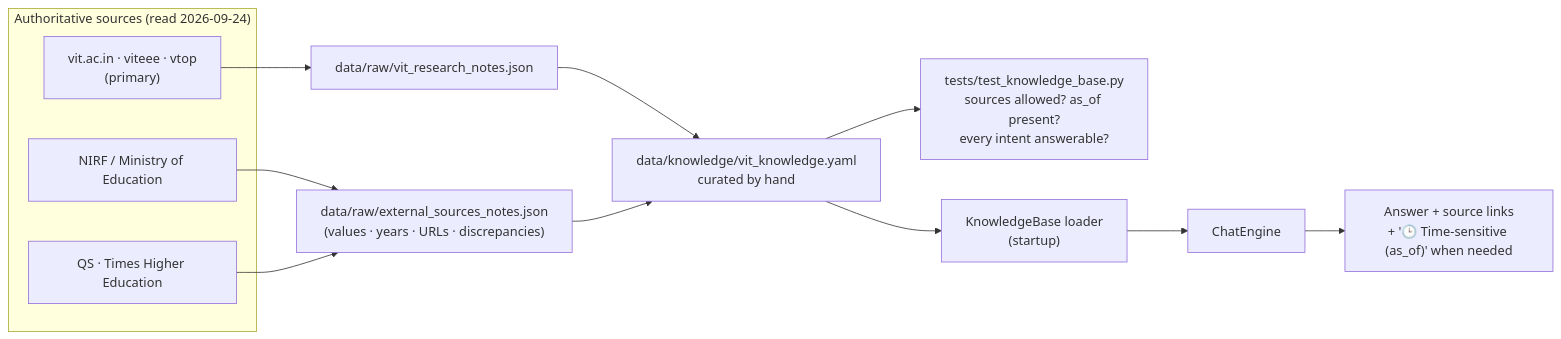
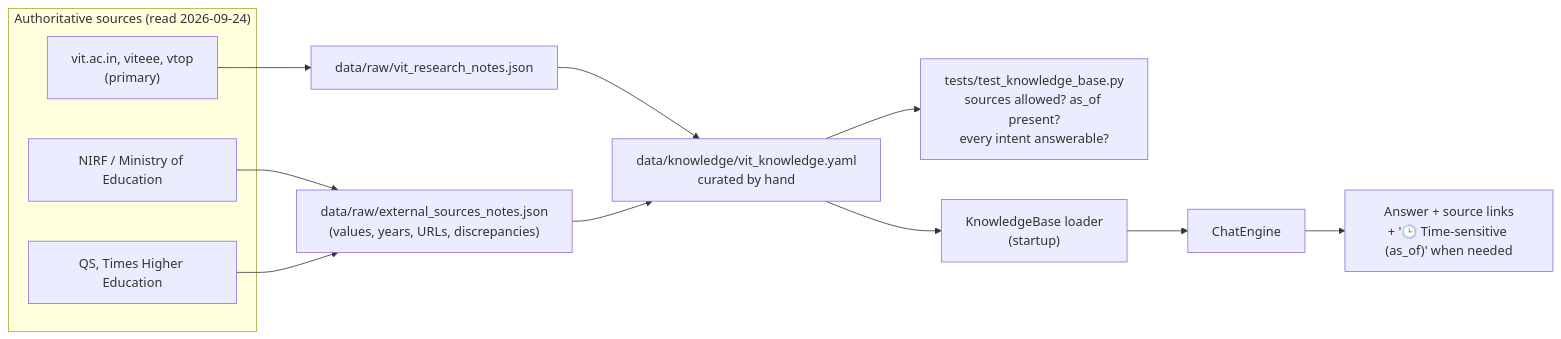
Before and after one commit to js0nnn/VITmate: the fifth of 6 diagrams in docs/02-system-architecture.md, drawn with Mermaid. The commit also changed other lines of this file and 31 other files, not shown here.

````diff
--- a/docs/02-system-architecture.md
+++ b/docs/02-system-architecture.md
@@ -165,18 +165,18 @@
 ```mermaid
 %% file: knowledge-data-flow
 flowchart LR
     subgraph Sources["Authoritative sources (read 2026-09-24)"]
-        V["vit.ac.in · viteee · vtop<br/>(primary)"]
+        V["vit.ac.in, viteee, vtop<br/>(primary)"]
         N["NIRF / Ministry of Education"]
-        Q["QS · Times Higher Education"]
+        Q["QS, Times Higher Education"]
     end
     V --> R1["data/raw/vit_research_notes.json"]
-    N --> R2["data/raw/external_sources_notes.json<br/>(values · years · URLs · discrepancies)"]
+    N --> R2["data/raw/external_sources_notes.json<br/>(values, years, URLs, discrepancies)"]
     Q --> R2
     R1 --> KB["data/knowledge/vit_knowledge.yaml<br/>curated by hand"]
     R2 --> KB
     KB --> T["tests/test_knowledge_base.py<br/>sources allowed? as_of present?<br/>every intent answerable?"]
     KB --> L["KnowledgeBase loader<br/>(startup)"]
     L --> E["ChatEngine"]
     E --> Resp["Answer + source links<br/>+ '🕒 Time-sensitive (as_of)' when needed"]
 ```
````
